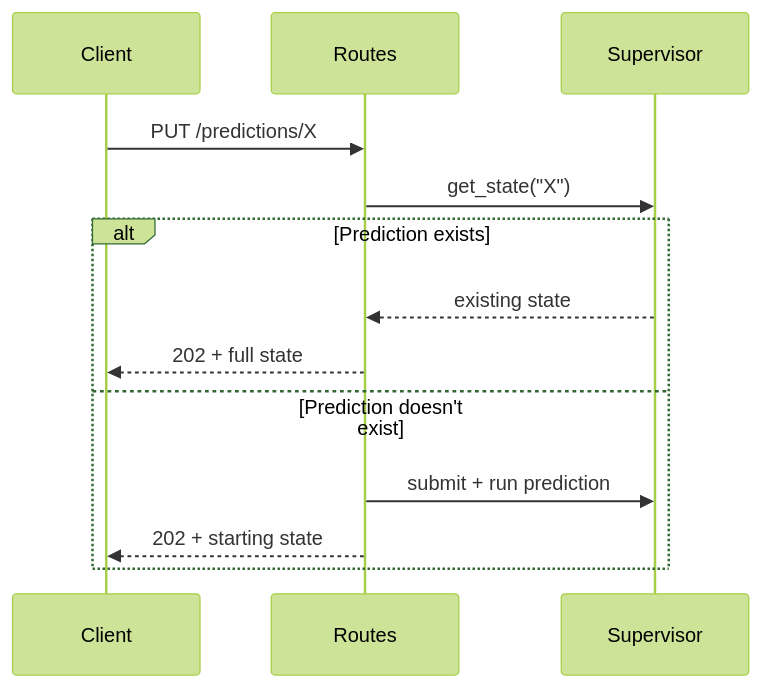
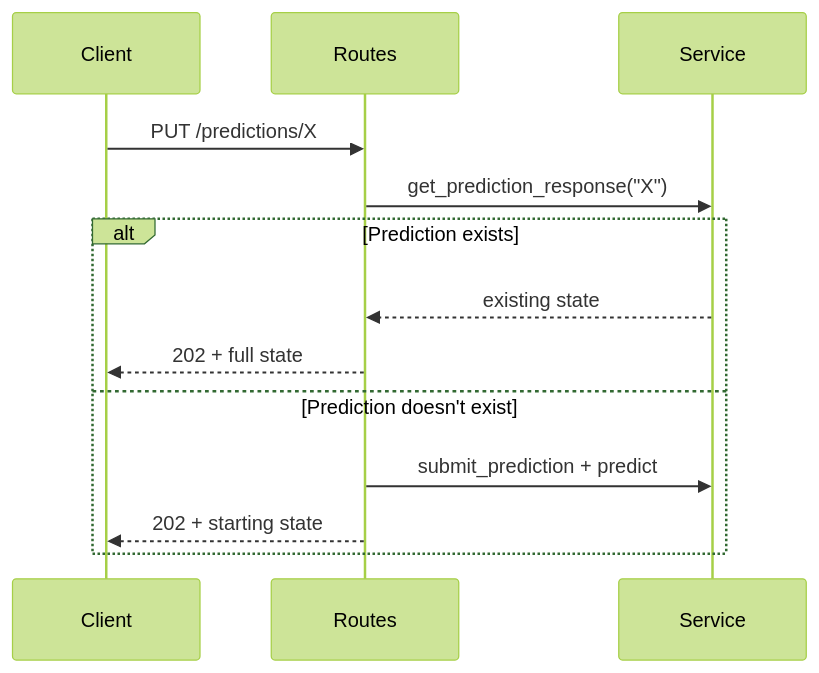
One commit to rdhanarot/cog changed the fourth of 5 diagrams in architecture/ffi/04-container-runtime.md. Above: the diagram before and after it, drawn with Mermaid (forest theme). The commit also changed other lines of this file and 11 other files, not shown here.

````diff
--- a/architecture/ffi/04-container-runtime.md
+++ b/architecture/ffi/04-container-runtime.md
@@ -221,17 +226,17 @@
 ```mermaid
 sequenceDiagram
     participant Client
     participant Routes
-    participant Supervisor
+    participant Service
     
     Client->>Routes: PUT /predictions/X
-    Routes->>Supervisor: get_state("X")
+    Routes->>Service: get_prediction_response("X")
     
     alt Prediction exists
-        Supervisor-->>Routes: existing state
+        Service-->>Routes: existing state
         Routes-->>Client: 202 + full state
     else Prediction doesn't exist
-        Routes->>Supervisor: submit + run prediction
+        Routes->>Service: submit_prediction + predict
         Routes-->>Client: 202 + starting state
     end
 ```
````
